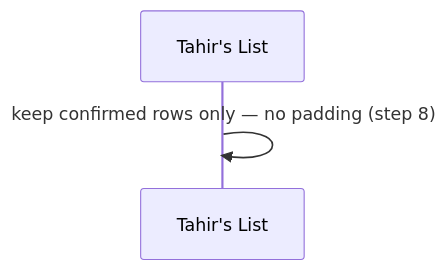
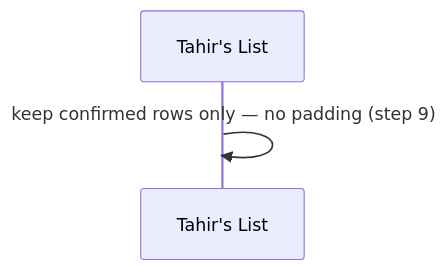
Before and after one commit to Losers-Lab/tahirs-list: the fourth of 13 diagrams in docs/features/SC-211/04-blackbox/UC-01-run-sample-directory-ingestion.md, drawn with Mermaid. The commit also changed other lines of this file and 8 other files, not shown here.

````diff
--- a/docs/features/SC-211/04-blackbox/UC-01-run-sample-directory-ingestion.md
+++ b/docs/features/SC-211/04-blackbox/UC-01-run-sample-directory-ingestion.md
@@ -45,5 +46,5 @@
 ```mermaid
 sequenceDiagram
   participant TL as Tahir's List
-  TL->>TL: keep confirmed rows only — no padding (step 8)
+  TL->>TL: keep confirmed rows only — no padding (step 9)
 ```
````
